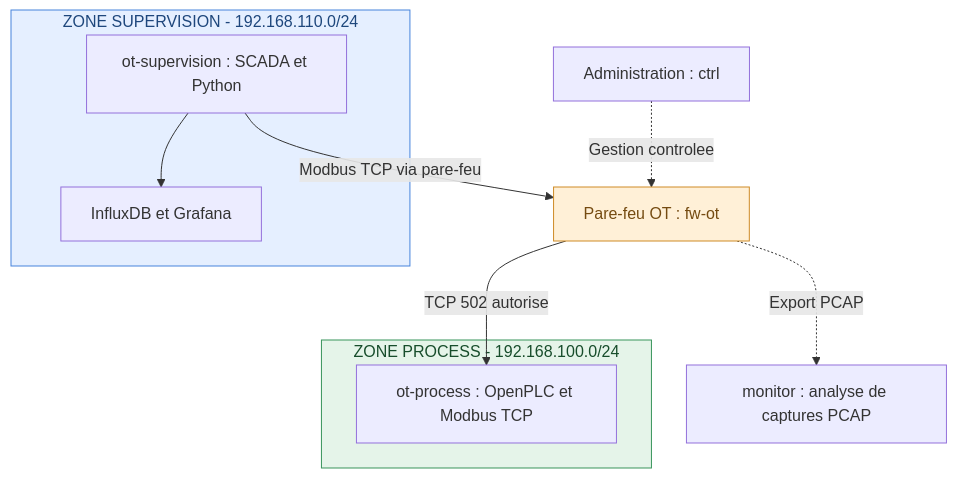
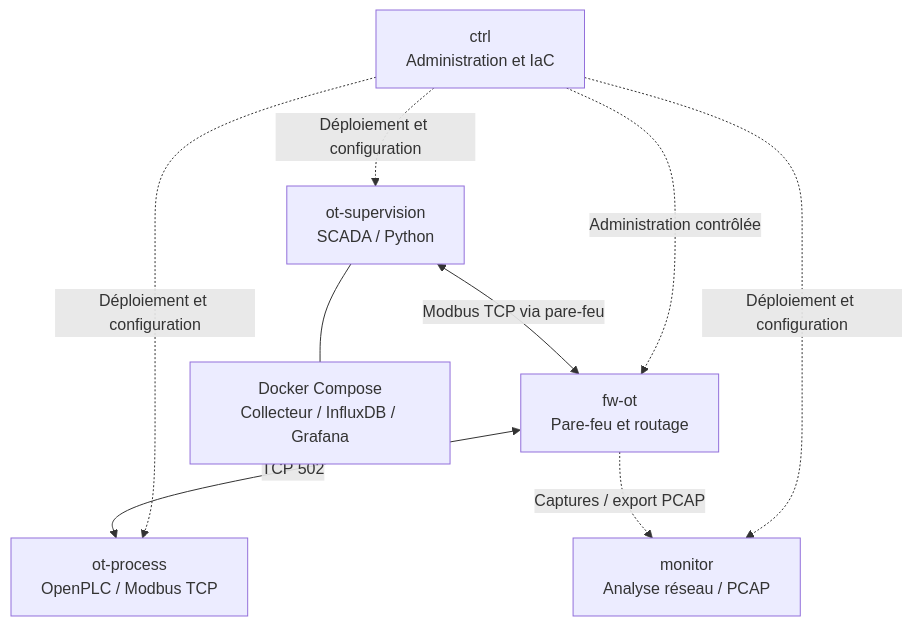
One commit to YGregCls/labo-iac-ot changed the diagram in README.md. Above: the diagram before and after it, drawn with Mermaid. The commit also changed other lines of this file, not shown here.

Commit message:
docs: mise a jour du README avec architecture IaC OT et Docker

````diff
--- a/README.md
+++ b/README.md
@@ -33,26 +81,19 @@
 ```mermaid
 flowchart TB
-    ADMIN["Administration : ctrl"]
-    FW["Pare-feu OT : fw-ot"]
+    CTRL["ctrl<br/>Administration et IaC"]
+    FW["fw-ot<br/>Pare-feu et routage"]
+    PROC["ot-process<br/>OpenPLC / Modbus TCP"]
+    SUP["ot-supervision<br/>SCADA / Python"]
+    DOCKER["Docker Compose<br/>Collecteur / InfluxDB / Grafana"]
+    MON["monitor<br/>Analyse réseau / PCAP"]
 
-    subgraph PROCESS["ZONE PROCESS - 192.168.100.0/24"]
-        PLC["ot-process : OpenPLC et Modbus TCP"]
-    end
+    CTRL -.->|"Administration contrôlée"| FW
+    CTRL -.->|"Déploiement et configuration"| PROC
+    CTRL -.->|"Déploiement et configuration"| SUP
+    CTRL -.->|"Déploiement et configuration"| MON
 
-    subgraph SUP["ZONE SUPERVISION - 192.168.110.0/24"]
-        SCADA["ot-supervision : SCADA et Python"]
-        HIST["InfluxDB et Grafana"]
-        SCADA --> HIST
-    end
-
-    MON["monitor : analyse de captures PCAP"]
-
-    ADMIN -. "Gestion controlee" .-> FW
-    SCADA -->|"Modbus TCP via pare-feu"| FW
-    FW -->|"TCP 502 autorise"| PLC
-    FW -. "Export PCAP" .-> MON
-
-    style PROCESS fill:#e5f4e9,stroke:#38945b,color:#174d2b
-    style SUP fill:#e5efff,stroke:#4683dc,color:#1e477c
-    style FW fill:#fff0d7,stroke:#cf8b27,color:#754b11
+    SUP --- DOCKER
+    SUP <-->|"Modbus TCP via pare-feu"| FW
+    FW <-->|"TCP 502"| PROC
+    FW -.->|"Captures / export PCAP"| MON
 ```
````
